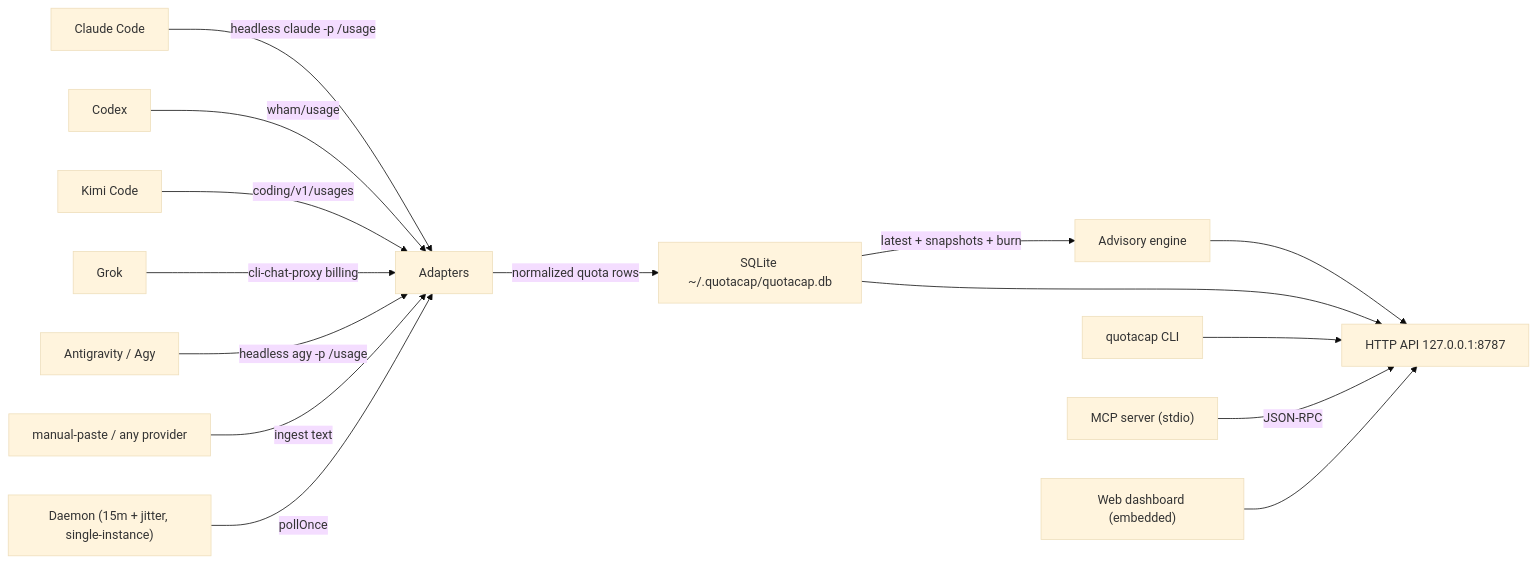
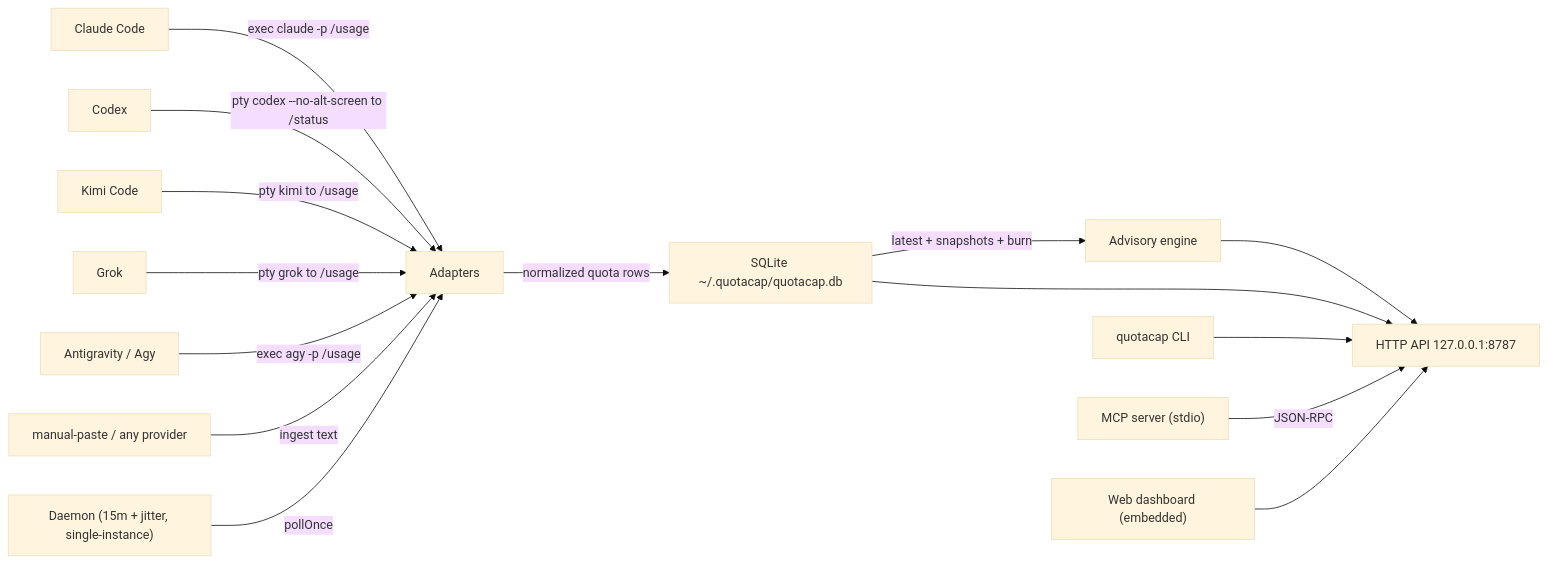
Before and after one commit to carlosboeing/quotacap: the diagram in docs/architecture.md, drawn with Mermaid (base theme). The commit also changed other lines of this file and 5 other files, not shown here.

````diff
--- a/docs/architecture.md
+++ b/docs/architecture.md
@@ -39,26 +39,26 @@
 ```mermaid
 flowchart LR
   CP["Claude Code"]
   CX["Codex"]
   KM["Kimi Code"]
   GK["Grok"]
   AG["Antigravity / Agy"]
   MN["manual-paste / any provider"]
 
-  CP -->|headless claude -p /usage| AD["Adapters"]
-  CX -->|wham/usage| AD
-  KM -->|coding/v1/usages| AD
-  GK -->|cli-chat-proxy billing| AD
-  AG -->|headless agy -p /usage| AD
+  CP -->|exec claude -p /usage| AD["Adapters"]
+  CX -->|pty codex --no-alt-screen to /status| AD
+  KM -->|pty kimi to /usage| AD
+  GK -->|pty grok to /usage| AD
+  AG -->|exec agy -p /usage| AD
   MN -->|ingest text| AD
 
   AD -->|normalized quota rows| ST["SQLite ~/.quotacap/quotacap.db"]
   DT["Daemon (15m + jitter, single-instance)"] -->|pollOnce| AD
   ST -->|latest + snapshots + burn| AE["Advisory engine"]
 
   AE --> API["HTTP API 127.0.0.1:8787"]
   ST --> API
   CLI["quotacap CLI"] --> API
   MCP["MCP server (stdio)"] -->|JSON-RPC| API
   WEB["Web dashboard (embedded)"] --> API
 ```
````
